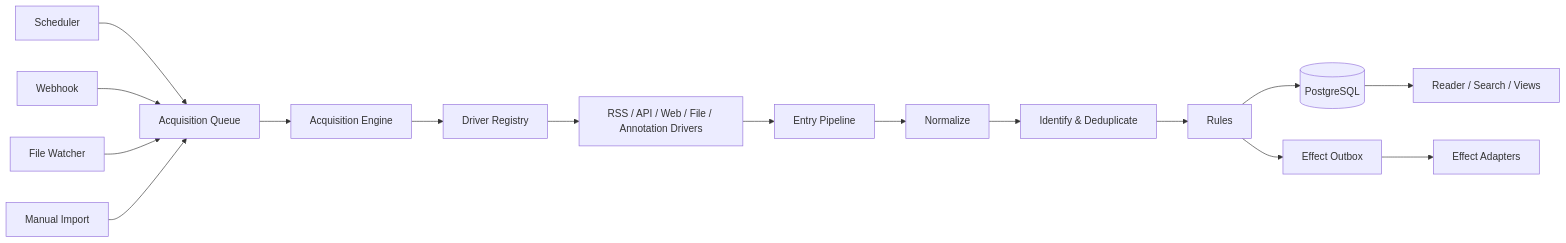
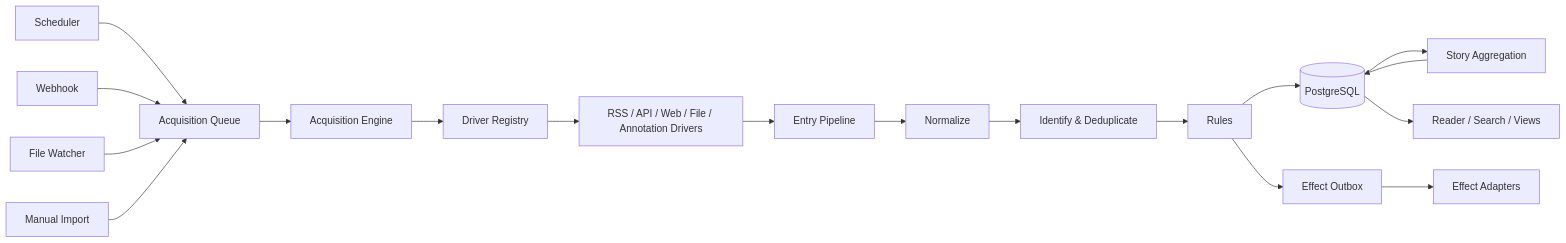
The diagram in docs/architecture.md (catwenlabs/pulse), drawn with Mermaid before and after one commit. The commit also changed other lines of this file and 31 other files, not shown here.

````diff
--- a/docs/architecture.md
+++ b/docs/architecture.md
@@ -19,19 +19,21 @@
 ```mermaid
 flowchart LR
     S["Scheduler"] --> Q["Acquisition Queue"]
     W["Webhook"] --> Q
     F["File Watcher"] --> Q
     M["Manual Import"] --> Q
 
     Q --> E["Acquisition Engine"]
     E --> D["Driver Registry"]
     D --> X["RSS / API / Web / File / Annotation Drivers"]
     X --> P["Entry Pipeline"]
     P --> N["Normalize"]
     N --> U["Identify & Deduplicate"]
     U --> R["Rules"]
     R --> DB[("PostgreSQL")]
+    DB --> G["Story Aggregation"]
+    G --> DB
     R --> O["Effect Outbox"]
     O --> A["Effect Adapters"]
     DB --> UI["Reader / Search / Views"]
 ```
````
